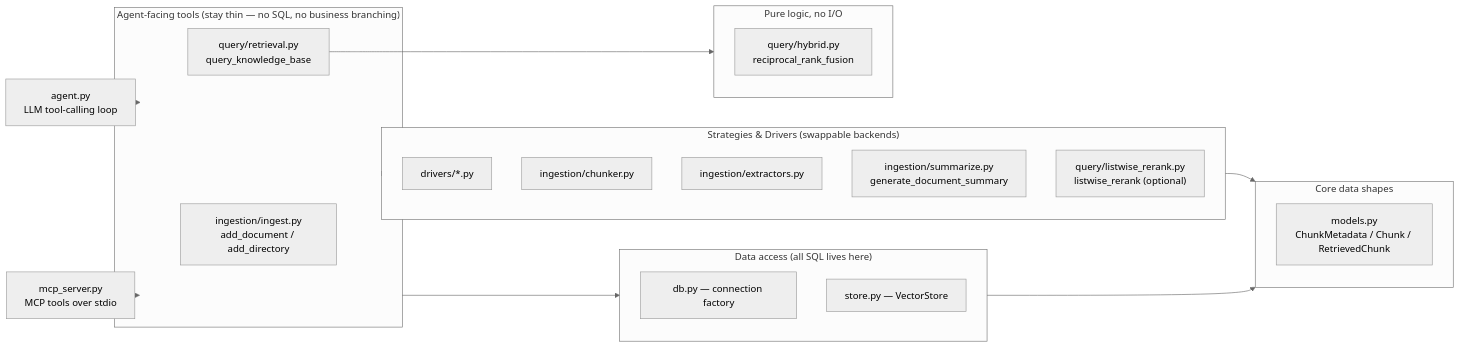
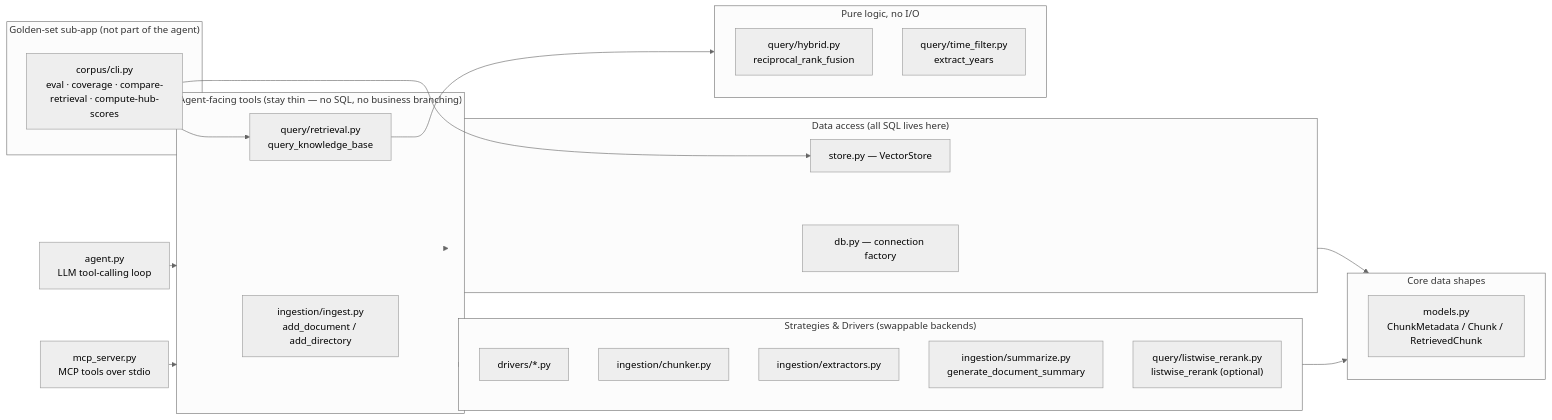
One commit to olythy/docs-agent changed the third of 3 diagrams in docs/architecture.md. Above: the diagram before and after it, drawn with Mermaid (neutral theme). The commit also changed other lines of this file and 1 other file, not shown here.

First line of the commit message:
docs: index every retrieval/answer switch with its measured effect in architecture.md

````diff
--- a/docs/architecture.md
+++ b/docs/architecture.md
@@ -71,33 +132,39 @@
 ```mermaid
 flowchart LR
     subgraph Orchestrators["Agent-facing tools (stay thin — no SQL, no business branching)"]
         ingest["ingestion/ingest.py<br/>add_document / add_directory"]
         retrieval["query/retrieval.py<br/>query_knowledge_base"]
     end
     subgraph Strategies["Strategies & Drivers (swappable backends)"]
         drivers["drivers/*.py"]
         chunker["ingestion/chunker.py"]
         extractors["ingestion/extractors.py"]
         summarize["ingestion/summarize.py<br/>generate_document_summary"]
         listwise["query/listwise_rerank.py<br/>listwise_rerank (optional)"]
     end
     subgraph DataAccess["Data access (all SQL lives here)"]
         db["db.py — connection factory"]
         store["store.py — VectorStore"]
     end
     subgraph Shapes["Core data shapes"]
         models["models.py<br/>ChunkMetadata / Chunk / RetrievedChunk"]
     end
     subgraph Fusion["Pure logic, no I/O"]
         hybrid["query/hybrid.py<br/>reciprocal_rank_fusion"]
+        timefilter["query/time_filter.py<br/>extract_years"]
+    end
+    subgraph Measuring["Golden-set sub-app (not part of the agent)"]
+        corpus["corpus/cli.py<br/>eval · coverage · compare-retrieval · compute-hub-scores"]
     end
 
     Orchestrators --> Strategies
     Orchestrators --> DataAccess
     Strategies --> Shapes
     DataAccess --> Shapes
     retrieval --> Fusion
+    corpus --> retrieval
+    corpus --> store
 
     agent["agent.py<br/>LLM tool-calling loop"] --> Orchestrators
     mcp["mcp_server.py<br/>MCP tools over stdio"] --> Orchestrators
 ```
````
